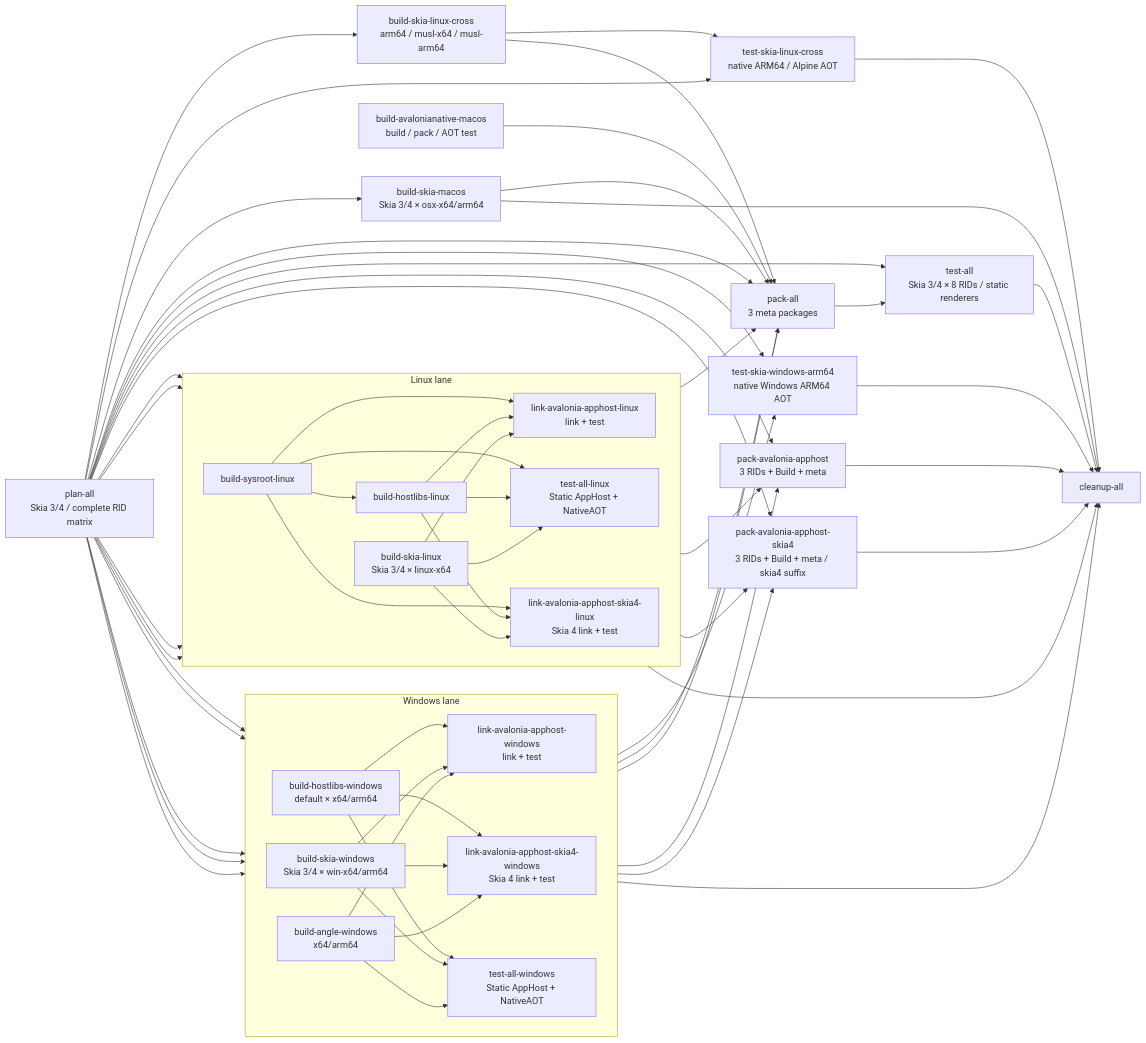
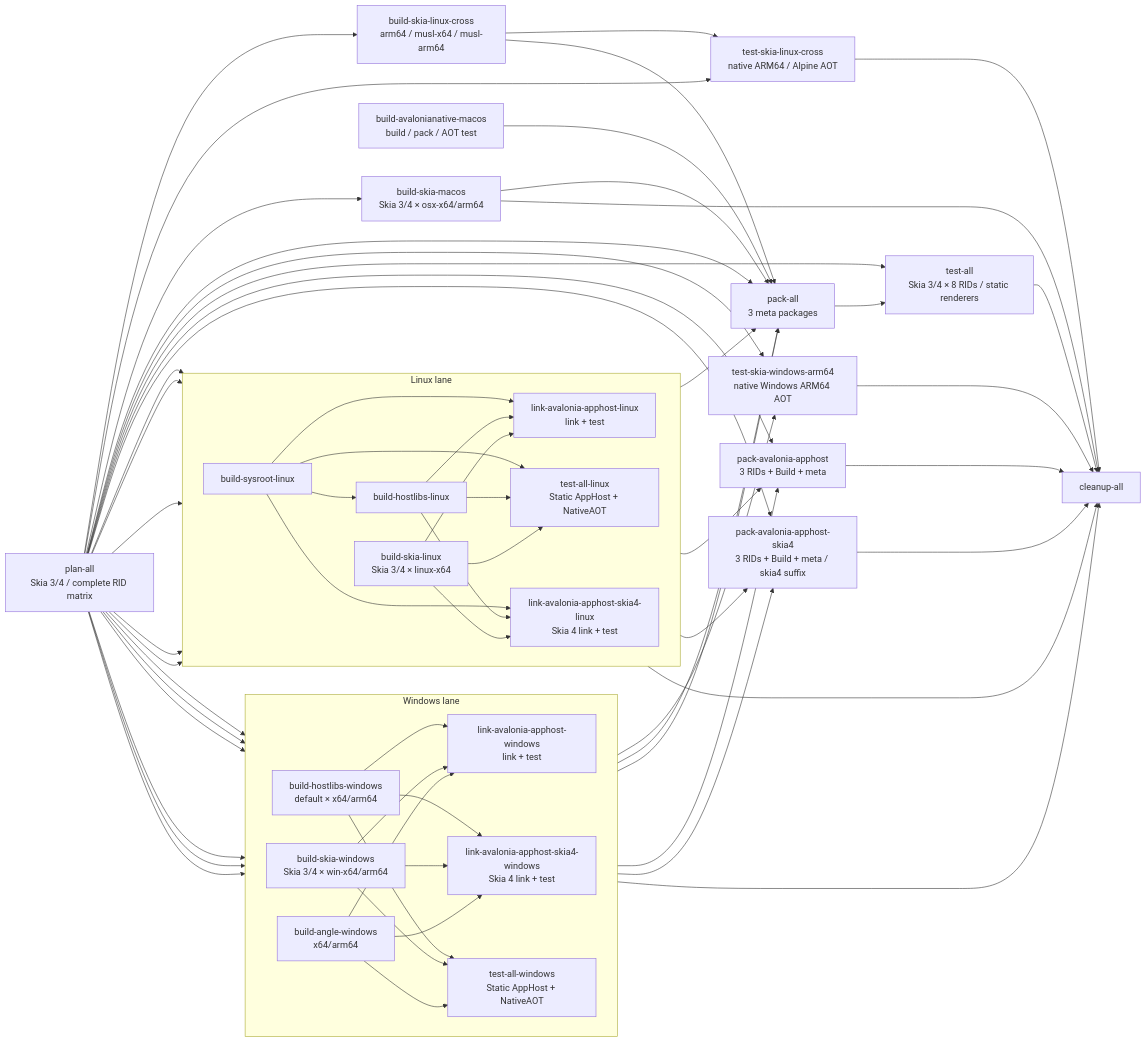
Before and after one commit to chsbuffer/HostForge: the diagram in DEVELOPMENT.md, drawn with Mermaid. The commit also changed 4 other files, not shown here.

```diff
--- a/DEVELOPMENT.md
+++ b/DEVELOPMENT.md
@@ -257,6 +257,8 @@
     NP --> PA4
     NP --> WM
     NP --> LM
+    NP --> WH
+    NP --> LH
     subgraph W["Windows lane"]
         direction LR
         WH["build-hostlibs-windows<br/>default × x64/arm64"]
```
